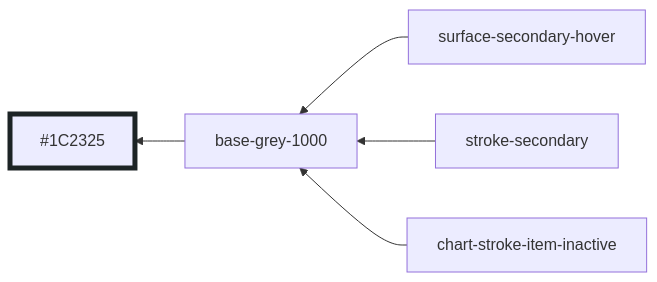
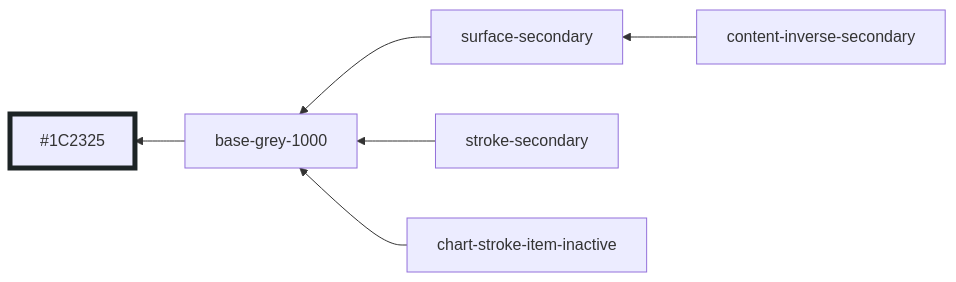
Diagram 26 of 30 in libs/ui/styles/themes/main.md (oxidecomputer/console), drawn with Mermaid before and after one commit. The commit also changed other lines of this file and 3 other files, not shown here.

````diff
--- a/libs/ui/styles/themes/main.md
+++ b/libs/ui/styles/themes/main.md
@@ -328,9 +329,10 @@
 ```mermaid
 graph RL
   base-grey-1000 --> #1C2325:::base-grey-1000
-  surface-secondary-hover --> base-grey-1000
+  surface-secondary --> base-grey-1000
+  content-inverse-secondary --> surface-secondary
   stroke-secondary --> base-grey-1000
   chart-stroke-item-inactive --> base-grey-1000
 
   classDef base-grey-1000 stroke-width:5,stroke:#1C2325
 ```
````
